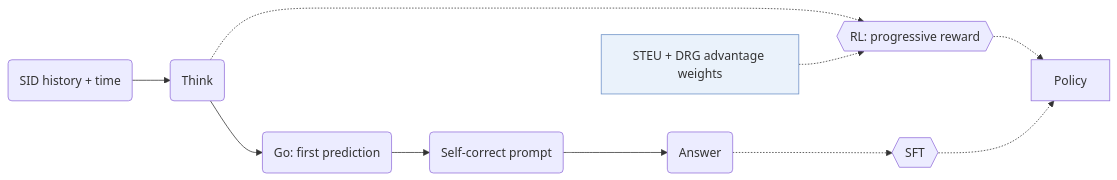
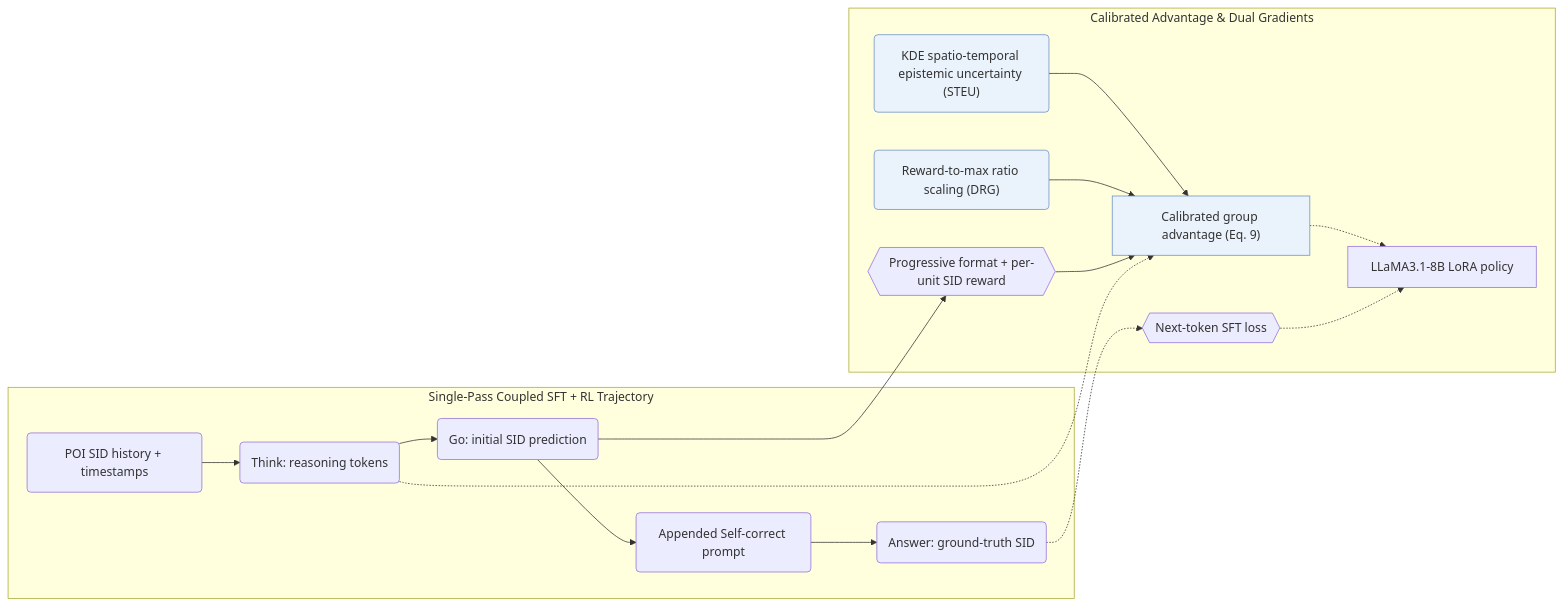
The diagram in notes/think2go.md (Galaxy-ghost/Awesome-SID-Generative-Rec), drawn with Mermaid before and after one commit. The commit also changed other lines of this file and 649 other files, not shown here.

Commit message:
writer-05: also tags and modality index (schema, check, build, visuals); summary field removed; calibration data for 12 papers

````diff
--- a/notes/think2go.md
+++ b/notes/think2go.md
@@ -7,13 +12,18 @@
 ```mermaid
 flowchart LR
-    A("SID history + time") --> B("Think")
-    B --> C("Go: first prediction")
-    C --> D("Self-correct prompt")
-    D --> E("Answer")
-    B -.-> L1{{"RL: progressive reward"}}
-    E -.-> L2{{"SFT"}}
-    L1 -.-> P["Policy"]
-    L2 -.-> P
-    W["STEU + DRG advantage weights"]:::key -.-> L1
+    subgraph Traj["Single-Pass Coupled SFT + RL Trajectory"]
+        A("POI SID history + timestamps") --> T("Think: reasoning tokens")
+        T --> G("Go: initial SID prediction")
+        G --> SC("Appended Self-correct prompt")
+        SC --> Ans("Answer: ground-truth SID")
+    end
+    subgraph Opt["Calibrated Advantage & Dual Gradients"]
+        K("KDE spatio-temporal epistemic uncertainty (STEU)"):::key --> W["Calibrated group advantage (Eq. 9)"]:::key
+        D("Reward-to-max ratio scaling (DRG)"):::key --> W
+        G --> R{{"Progressive format + per-unit SID reward"}} --> W
+        T -.-> W
+        W -.-> P["LLaMA3.1-8B LoRA policy"]
+        Ans -.-> S{{"Next-token SFT loss"}} -.-> P
+    end
     classDef key fill:#eaf2fb,stroke:#6b8fc7
 ```
````
